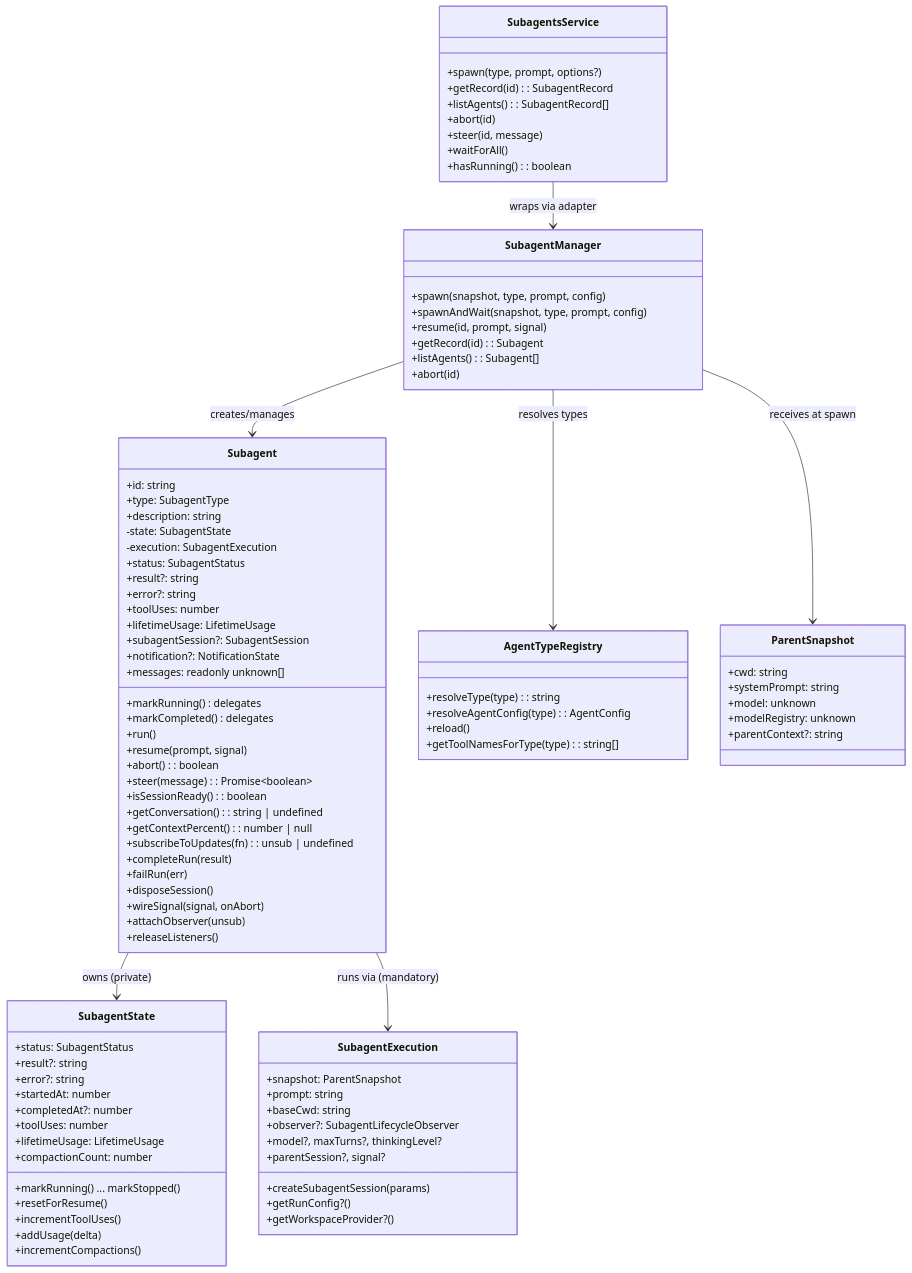
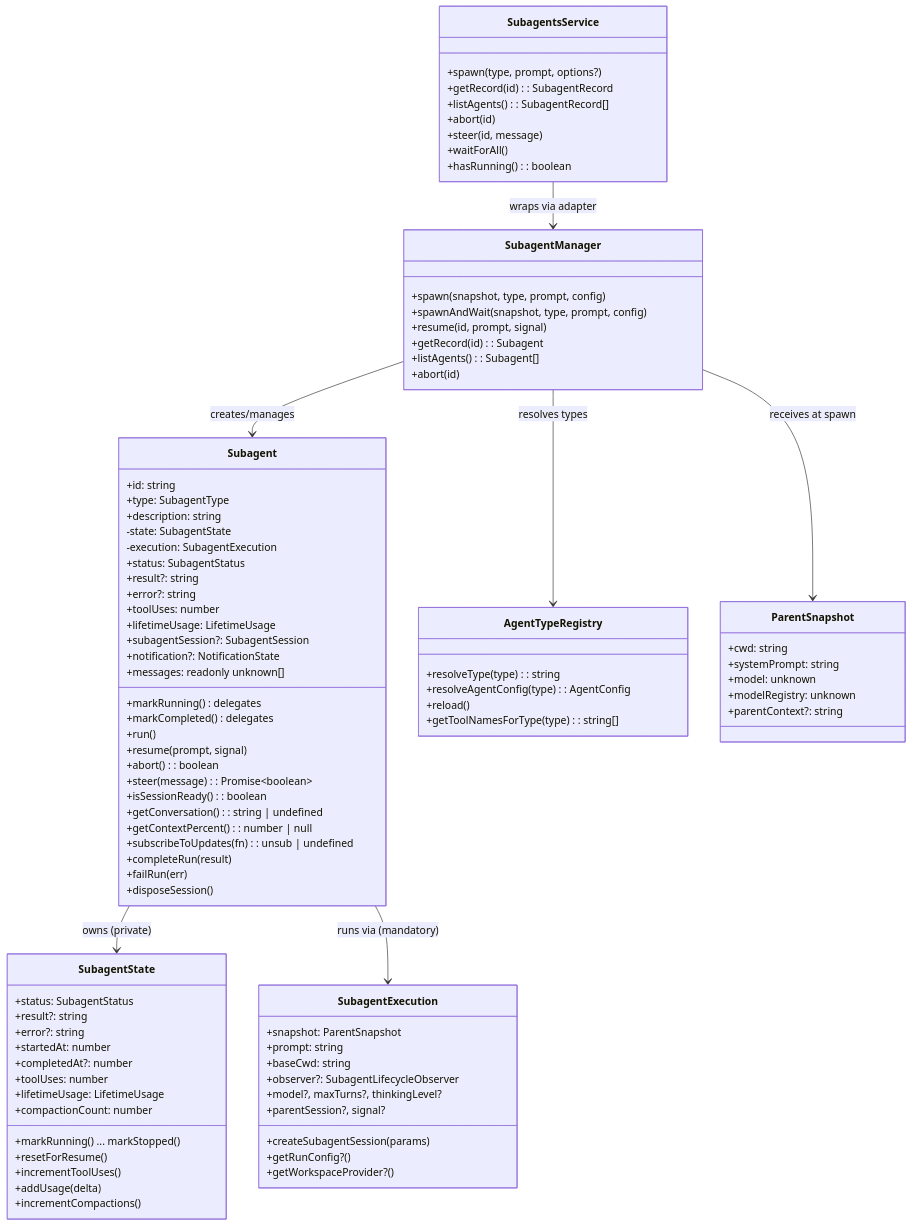
The second of 6 diagrams in packages/pi-subagents/docs/architecture/architecture.md (NicoSenerman/pi-packages), drawn with Mermaid before and after one commit. The commit also changed other lines of this file and 1 other file, not shown here.

```diff
--- a/packages/pi-subagents/docs/architecture/architecture.md
+++ b/packages/pi-subagents/docs/architecture/architecture.md
@@ -130,9 +130,6 @@
         +completeRun(result)
         +failRun(err)
         +disposeSession()
-        +wireSignal(signal, onAbort)
-        +attachObserver(unsub)
-        +releaseListeners()
     }
 
     class SubagentState {
```
